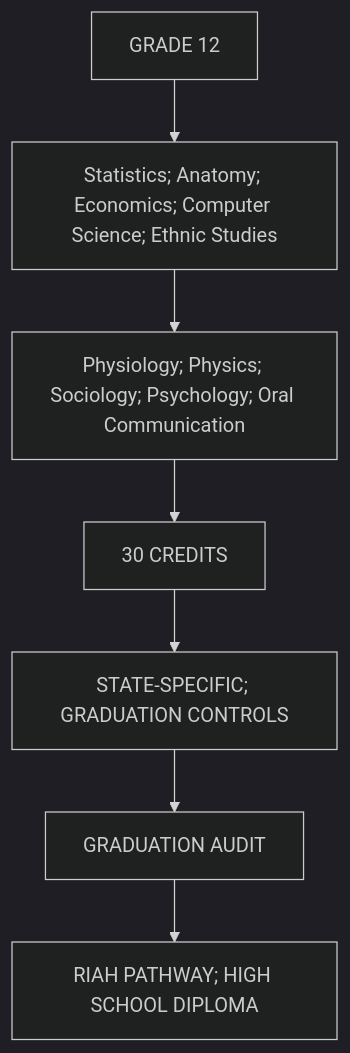
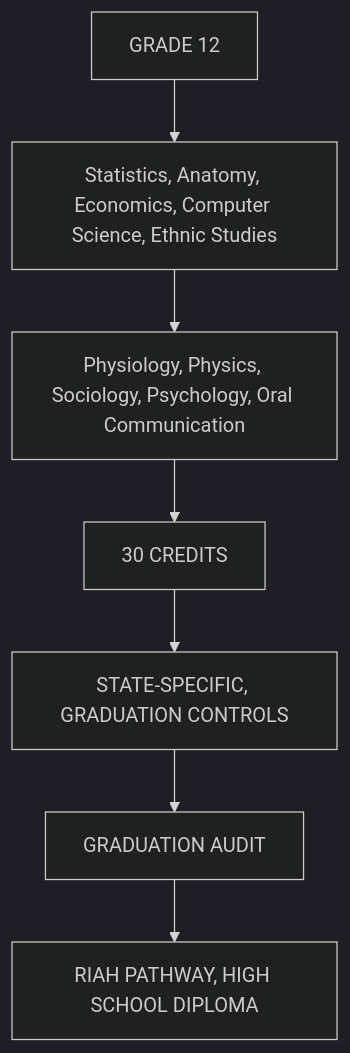
Before and after one commit to RIAHPathway/Website-Draft: the seventh of 29 diagrams in RIAH-PATHWAY-CURRICULUM-STRUCTURE/RIAH-PATHWAY-HIGH-SCHOOL-STRUCTURE/HIGH-SCHOOL-STRUCTURE.md, drawn with Mermaid (dark theme). The commit also changed other lines of this file, not shown here.

Commit message:
Repair High School Mermaid rendering compatibility

````diff
--- a/RIAH-PATHWAY-CURRICULUM-STRUCTURE/RIAH-PATHWAY-HIGH-SCHOOL-STRUCTURE/HIGH-SCHOOL-STRUCTURE.md
+++ b/RIAH-PATHWAY-CURRICULUM-STRUCTURE/RIAH-PATHWAY-HIGH-SCHOOL-STRUCTURE/HIGH-SCHOOL-STRUCTURE.md
@@ -538,16 +538,16 @@
 ```mermaid
-flowchart TD
+graph TD
     N0["GRADE 12"]
-    N1["Statistics; Anatomy; Economics; Computer Science; Ethnic Studies"]
-    N2["Physiology; Physics; Sociology; Psychology; Oral Communication"]
+    N1["Statistics, Anatomy, Economics, Computer Science, Ethnic Studies"]
+    N2["Physiology, Physics, Sociology, Psychology, Oral Communication"]
     N3["30 CREDITS"]
-    N4["STATE-SPECIFIC; GRADUATION CONTROLS"]
+    N4["STATE-SPECIFIC, GRADUATION CONTROLS"]
     N5["GRADUATION AUDIT"]
-    N6["RIAH PATHWAY; HIGH SCHOOL DIPLOMA"]
+    N6["RIAH PATHWAY, HIGH SCHOOL DIPLOMA"]
     N0 --> N1
     N1 --> N2
     N2 --> N3
     N3 --> N4
     N4 --> N5
     N5 --> N6
 ```
````
